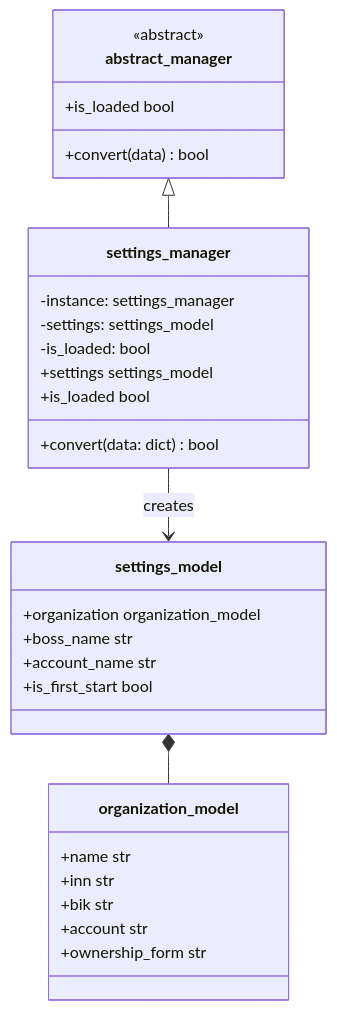
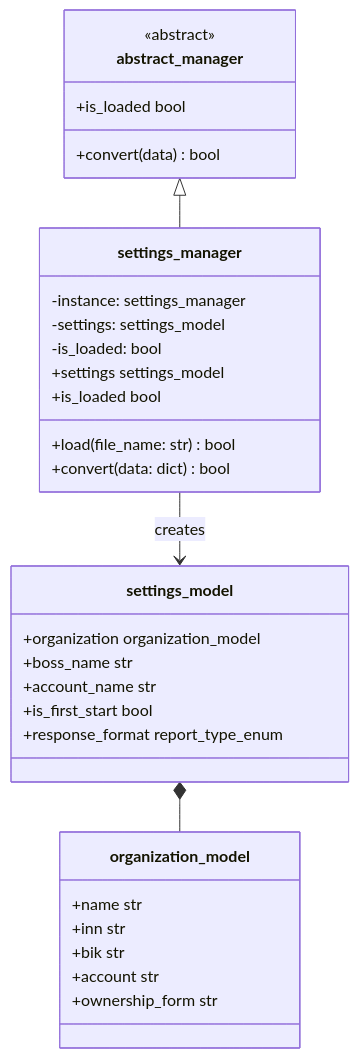
One commit to nervok1337/solovev_patterns changed the first of 2 diagrams in Docs/ManagersUml.md. Above: the diagram before and after it, drawn with Mermaid. The commit also changed 5 other files, not shown here.

Commit message:
Added settings loading and response format configuration

````diff
--- a/Docs/ManagersUml.md
+++ b/Docs/ManagersUml.md
@@ -5,36 +5,38 @@
 ```mermaid
 classDiagram
     class abstract_manager {
         <<abstract>>
         +convert(data) bool
         +is_loaded bool
     }
 
     class settings_manager {
         -instance: settings_manager
         -settings: settings_model
         -is_loaded: bool
+        +load(file_name: str) bool
         +convert(data: dict) bool
         +settings settings_model
         +is_loaded bool
     }
 
     class settings_model {
         +organization organization_model
         +boss_name str
         +account_name str
         +is_first_start bool
+        +response_format report_type_enum
     }
 
     class organization_model {
         +name str
         +inn str
         +bik str
         +account str
         +ownership_form str
     }
 
     abstract_manager <|-- settings_manager
     settings_manager --> settings_model : creates
     settings_model *-- organization_model
 ```
````
